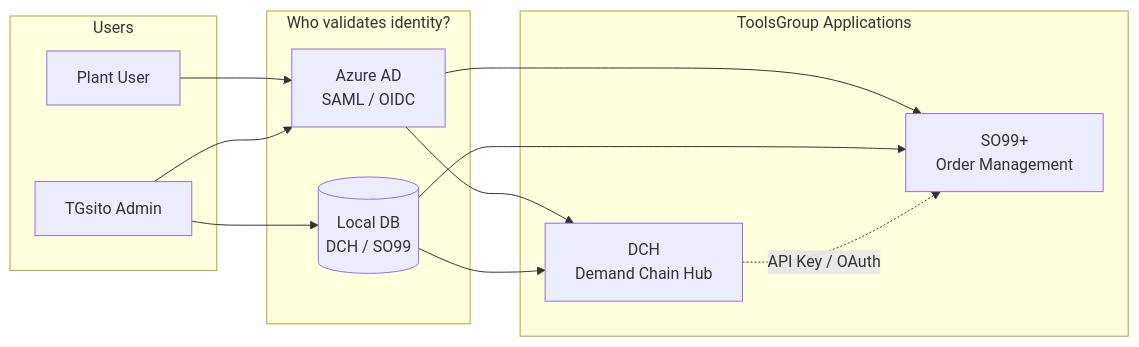
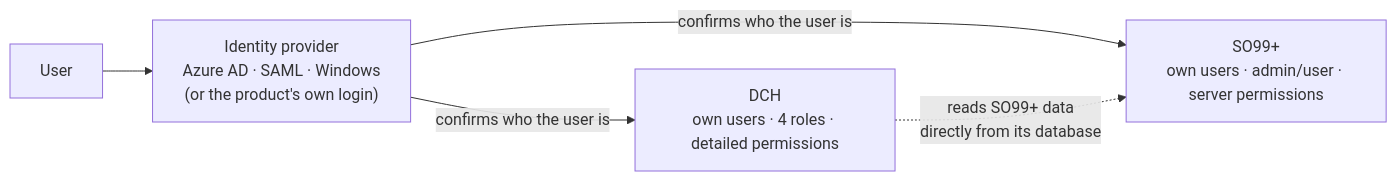
Before and after one commit to dserranotools/DCH_Implementations: the first of 2 diagrams in Docs/AuthAnalysis/DCH_SO99_Authentication_ExecutiveSummary.en.md, drawn with Mermaid. The commit also changed other lines of this file and 2 other files, not shown here.

Commit message:
Refactor authentication and authorization documentation for DCH and SO99+: streamline executive summary, enhance clarity on user roles and permissions, and improve alignment recommendations. Update README for better navigation and document structure.

````diff
--- a/Docs/AuthAnalysis/DCH_SO99_Authentication_ExecutiveSummary.en.md
+++ b/Docs/AuthAnalysis/DCH_SO99_Authentication_ExecutiveSummary.en.md
@@ -27,27 +27,7 @@
 ```mermaid
-graph LR
-    subgraph USERS["Users"]
-        U1[Plant User]
-        U2[TGsito Admin]
-    end
-
-    subgraph APPS["ToolsGroup Applications"]
-        DCH[DCH<br/>Demand Chain Hub]
-        SO99[SO99+<br/>Order Management]
-    end
-
-    subgraph IDP["Who validates identity?"]
-        AAD[Azure AD<br/>SAML / OIDC]
-        LOCAL[(Local DB<br/>DCH / SO99)]
-    end
-
-    U1 --> AAD
-    U2 --> AAD
-    U2 --> LOCAL
-    AAD --> DCH
-    AAD --> SO99
-    LOCAL --> DCH
-    LOCAL --> SO99
-
-    DCH -.->|API Key / OAuth| SO99
+flowchart LR
+    U["User"] --> IDP["Identity provider<br/>Azure AD · SAML · Windows<br/>(or the product's own login)"]
+    IDP -->|"confirms who the user is"| DCH["DCH<br/>own users · 4 roles · detailed permissions"]
+    IDP -->|"confirms who the user is"| SO99["SO99+<br/>own users · admin/user · server permissions"]
+    DCH -.->|"reads SO99+ data<br/>directly from its database"| SO99
 ```
````
